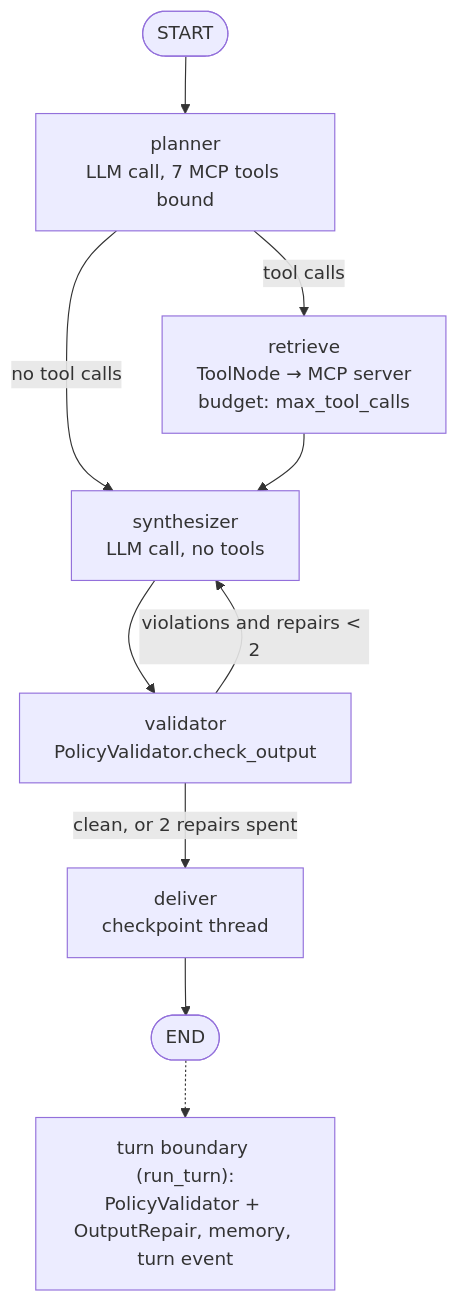
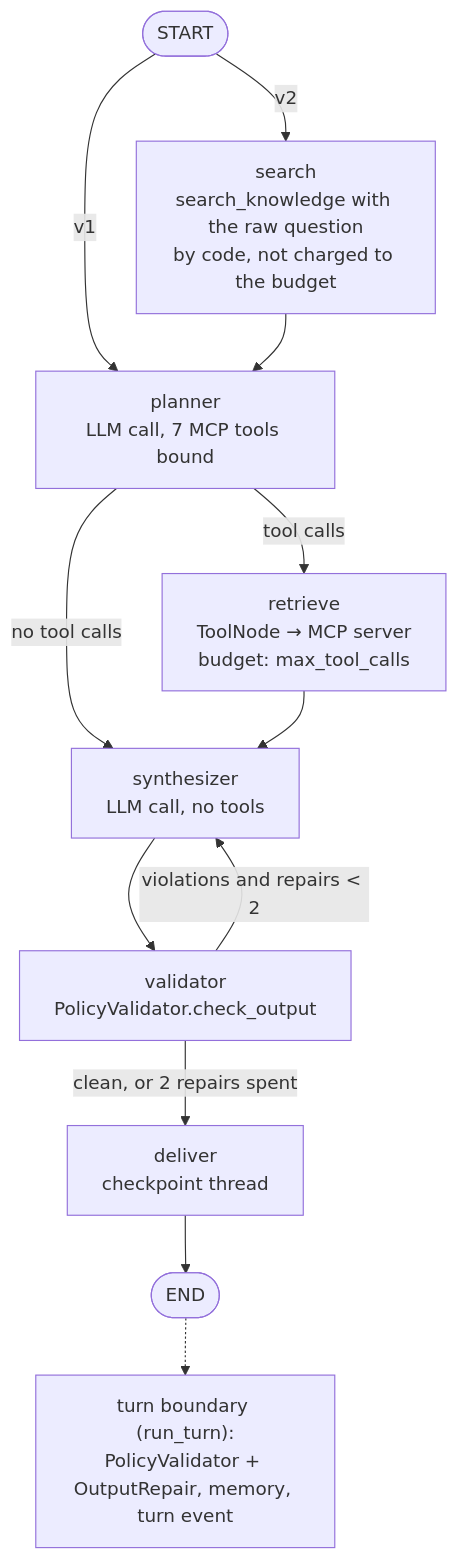
Before and after one commit to Lexieli666/consilium-health: the diagram in README.md, drawn with Mermaid. The commit also changed other lines of this file and 2 other files, not shown here.

````diff
--- a/README.md
+++ b/README.md
@@ -56,12 +65,14 @@
 ```mermaid
 flowchart TD
-    S([START]) --> P[planner<br/>LLM call, 7 MCP tools bound]
+    S([START]) -- v2 --> K[search<br/>search_knowledge with the raw question<br/>by code, not charged to the budget]
+    S -- v1 --> P
+    K --> P[planner<br/>LLM call, 7 MCP tools bound]
     P -- tool calls --> R[retrieve<br/>ToolNode → MCP server<br/>budget: max_tool_calls]
     P -- no tool calls --> Y
     R --> Y[synthesizer<br/>LLM call, no tools]
     Y --> V[validator<br/>PolicyValidator.check_output]
     V -- "violations and repairs < 2" --> Y
     V -- "clean, or 2 repairs spent" --> D[deliver<br/>checkpoint thread]
     D --> E([END])
     E -.-> B["turn boundary (run_turn):<br/>PolicyValidator + OutputRepair, memory, turn event"]
 ```
````
